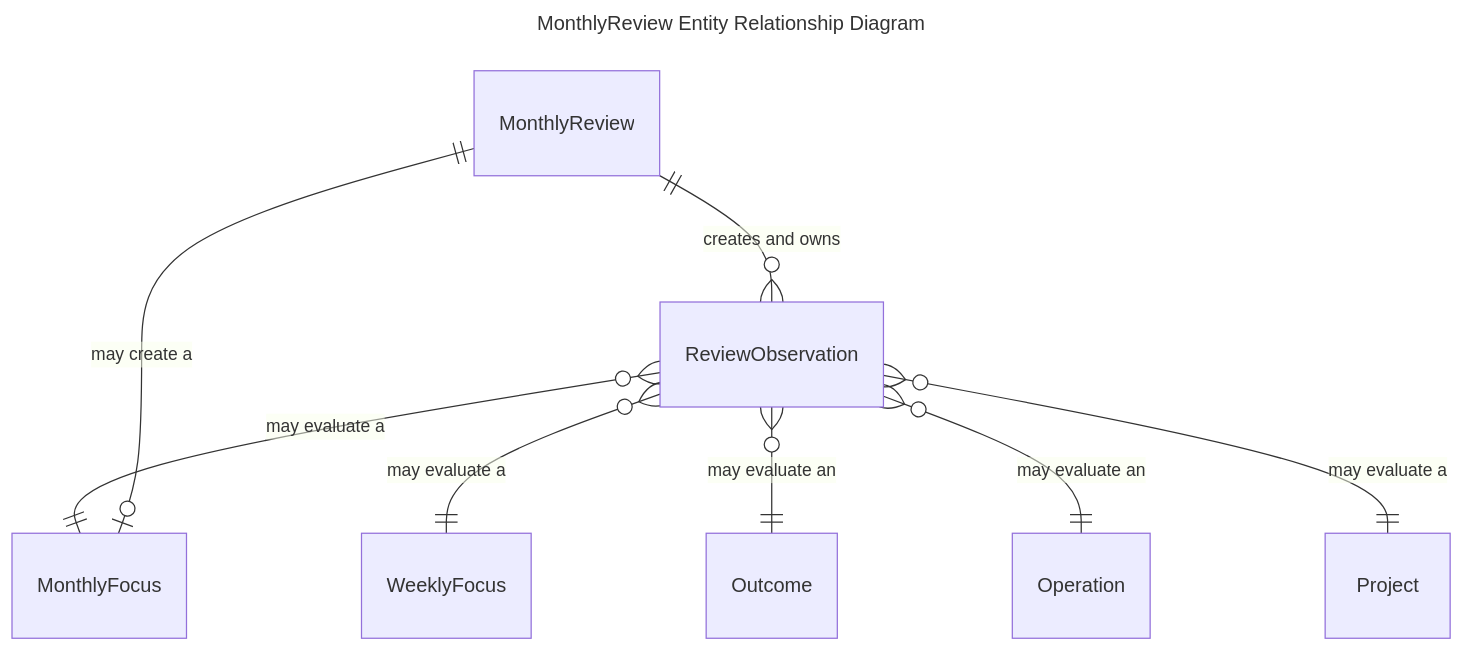
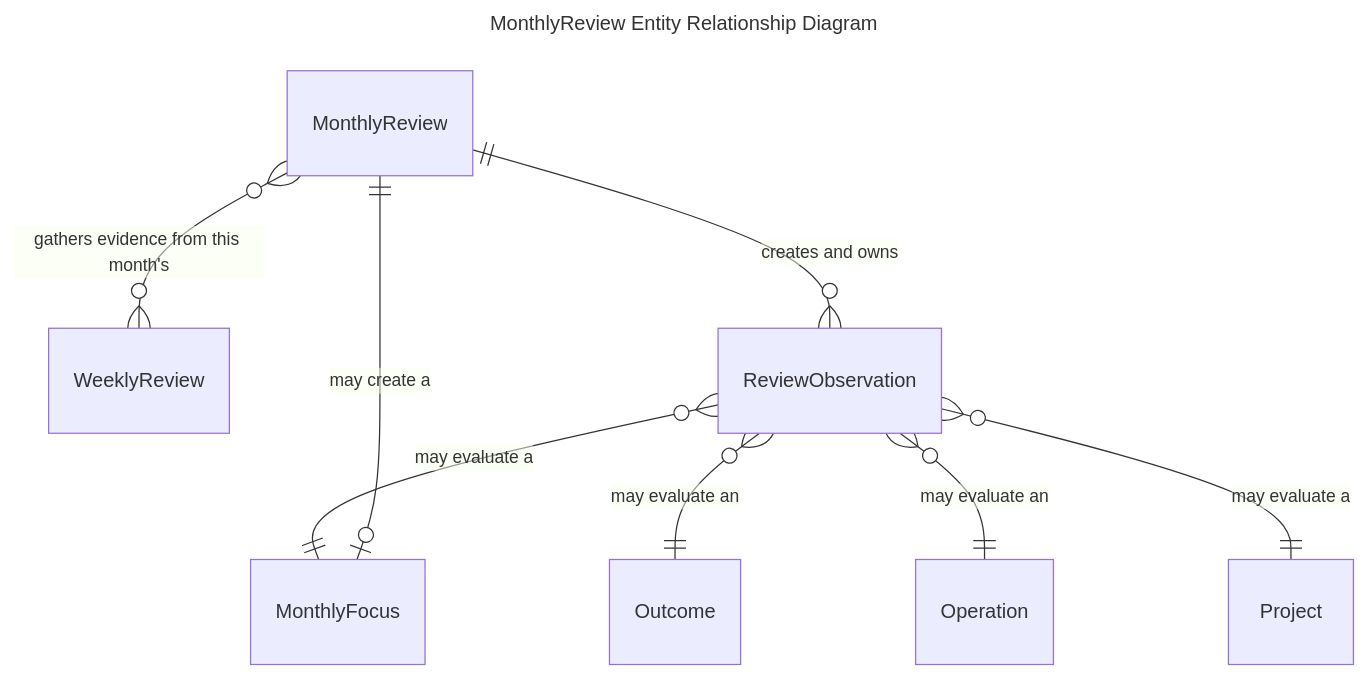
The eighth of 9 diagrams in design-docs/02-entity-relationship-diagrams.md (osgrouch/olos), drawn with Mermaid before and after one commit. The commit also changed other lines of this file and 3 other files, not shown here.

Commit message:
Refining ubiq lang and mermaid diagrams

````diff
--- a/design-docs/02-entity-relationship-diagrams.md
+++ b/design-docs/02-entity-relationship-diagrams.md
@@ -172,17 +193,17 @@
 ``` mermaid
 ---
 title: MonthlyReview Entity Relationship Diagram
 ---
 erDiagram
   direction TB
 
+  MonthlyReview }o--o{ WeeklyReview : "gathers evidence from this month's"
   MonthlyReview ||--o{ ReviewObservation : "creates and owns"
 
   ReviewObservation }o--|| MonthlyFocus : "may evaluate a"
-  ReviewObservation }o--|| WeeklyFocus : "may evaluate a"
   ReviewObservation }o--|| Outcome : "may evaluate an"
   ReviewObservation }o--|| Operation : "may evaluate an"
   ReviewObservation }o--|| Project : "may evaluate a"
 
   MonthlyReview ||--o| MonthlyFocus : "may create a"
 ```
````
